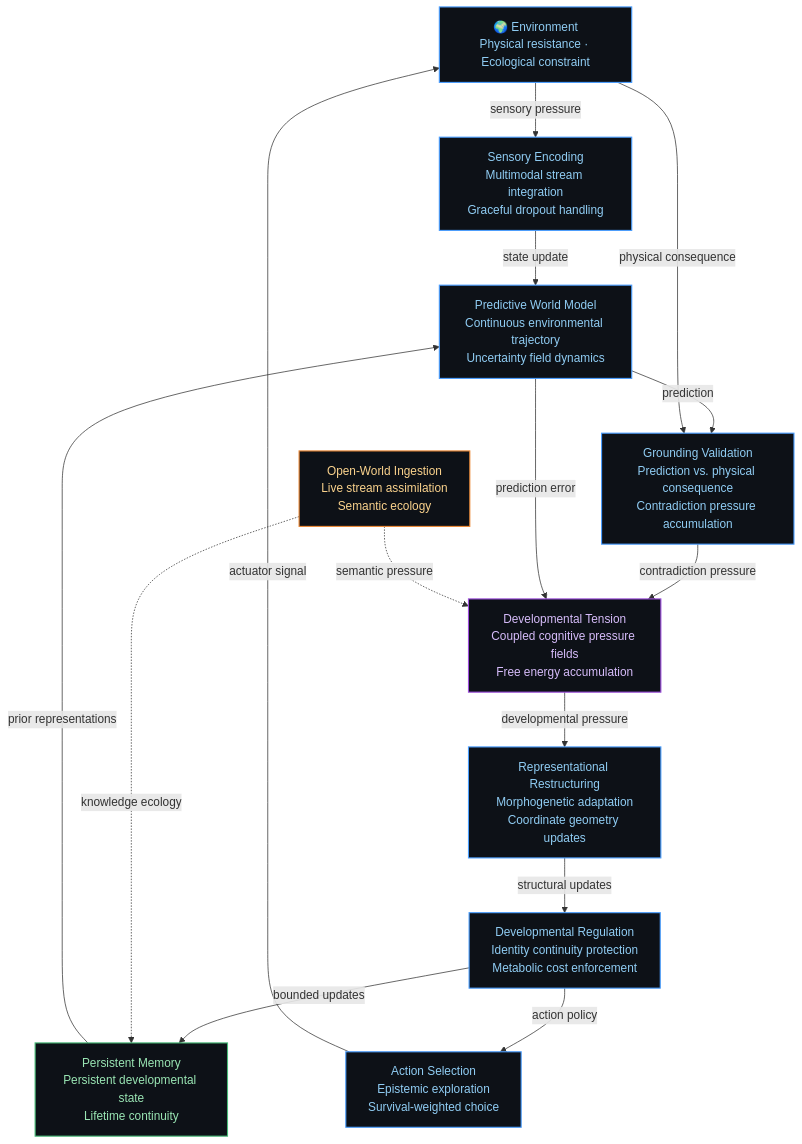
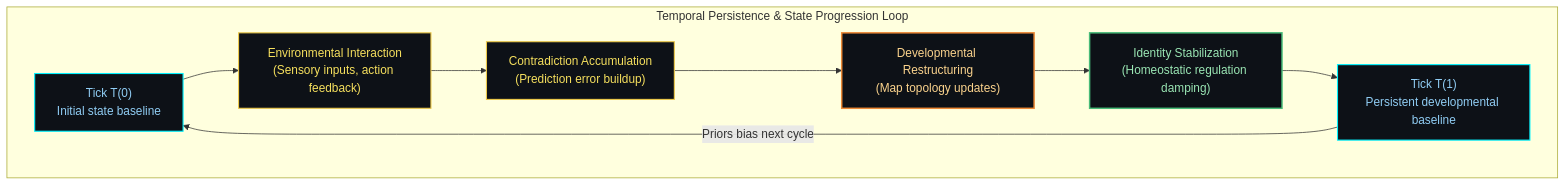
One commit to rk-roshan-kr/Earthos-public changed the fifth of 8 diagrams in docs/architecture.md. Above: the diagram before and after it, drawn with Mermaid. The commit also changed other lines of this file and 19 other files, not shown here.

Commit message:
docs: complete flagship public projection architecture knowledge consolidation and sanitization audit

````diff
--- a/docs/architecture.md
+++ b/docs/architecture.md
@@ -191,42 +310,19 @@
 ```mermaid
-flowchart TD
-    classDef node fill:#0d1117,stroke:#4a9eff,stroke-width:1.5px,color:#90cdf4;
-    classDef pressure fill:#0d1117,stroke:#9d4edd,stroke-width:1.5px,color:#d6bcfa;
-    classDef memory fill:#0d1117,stroke:#48bb78,stroke-width:1.5px,color:#9ae6b4;
-    classDef frontier fill:#0d1117,stroke:#ed8936,stroke-width:1.5px,color:#fbd38d;
+graph LR
+    classDef tick fill:#0d1117,stroke:#00f2fe,stroke-width:1.5px,color:#90cdf4;
+    classDef accumulate fill:#0d1117,stroke:#ecc94b,stroke-width:1.5px,color:#f6e05e;
+    classDef restructure fill:#0d1117,stroke:#ed8936,stroke-width:2px,color:#fbd38d;
+    classDef stable fill:#0d1117,stroke:#48bb78,stroke-width:2px,color:#9ae6b4;
 
-    ENV["🌍 Environment\nPhysical resistance · Ecological constraint"]:::node
-
-    SENSE["Sensory Encoding\nMultimodal stream integration\nGraceful dropout handling"]:::node
-
-    PREDICT["Predictive World Model\nContinuous environmental trajectory\nUncertainty field dynamics"]:::node
-
-    GROUND["Grounding Validation\nPrediction vs. physical consequence\nContradiction pressure accumulation"]:::node
-
-    TENSION["Developmental Tension\nCoupled cognitive pressure fields\nFree energy accumulation"]:::pressure
-
-    RESTRUCTURE["Representational Restructuring\nMorphogenetic adaptation\nCoordinate geometry updates"]:::node
-
-    REGULATE["Developmental Regulation\nIdentity continuity protection\nMetabolic cost enforcement"]:::node
-
-    MEMORY["Persistent Memory\nPersistent developmental state\nLifetime continuity"]:::memory
-
-    ACTION["Action Selection\nEpistemic exploration\nSurvival-weighted choice"]:::node
-
-    OPEN["Open-World Ingestion\nLive stream assimilation\nSemantic ecology"]:::frontier
-
-    ENV -->|sensory pressure| SENSE
-    SENSE -->|state update| PREDICT
-    PREDICT -->|prediction| GROUND
-    ENV -->|physical consequence| GROUND
-    GROUND -->|contradiction pressure| TENSION
-    PREDICT -->|prediction error| TENSION
-    TENSION -->|developmental pressure| RESTRUCTURE
-    RESTRUCTURE -->|structural updates| REGULATE
-    REGULATE -->|bounded updates| MEMORY
-    MEMORY -->|prior representations| PREDICT
-    REGULATE -->|action policy| ACTION
-    ACTION -->|actuator signal| ENV
-    OPEN -.->|semantic pressure| TENSION
-    OPEN -.->|knowledge ecology| MEMORY
+    subgraph TEMPORAL_ACCUMULATION ["Temporal Persistence & State Progression Loop"]
+        direction LR
+        T0["Tick T(0)\nInitial state baseline"]:::tick -->
+        Act["Environmental Interaction\n(Sensory inputs, action feedback)"]:::accumulate -->
+        Con["Contradiction Accumulation\n(Prediction error buildup)"]:::accumulate -->
+        Rest["Developmental Restructuring\n(Map topology updates)"]:::restructure -->
+        Guard["Identity Stabilization\n(Homeostatic regulation damping)"]:::stable -->
+        T1["Tick T(1)\nPersistent developmental baseline"]:::tick
+        
+        T1 -->|Priors bias next cycle| T0
+    end
 ```
````
